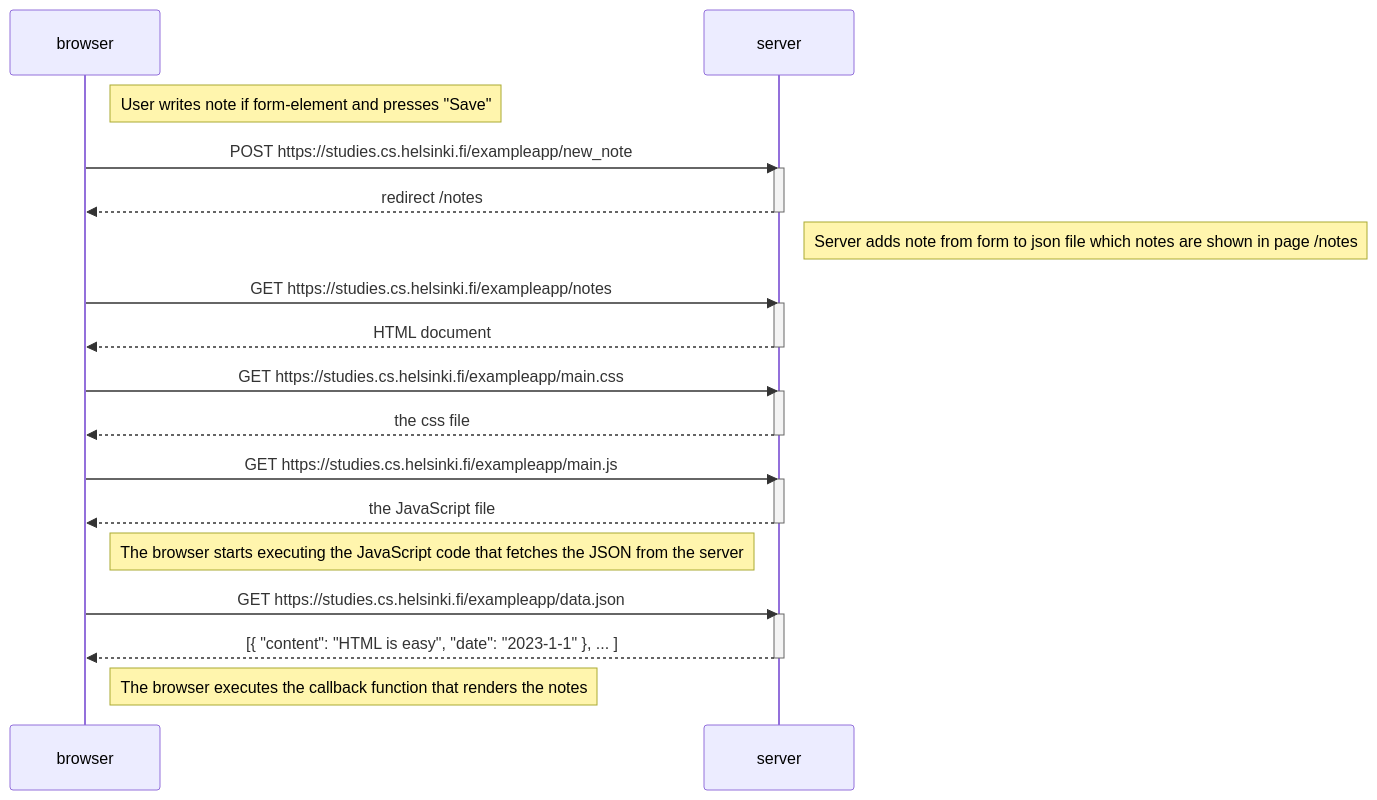
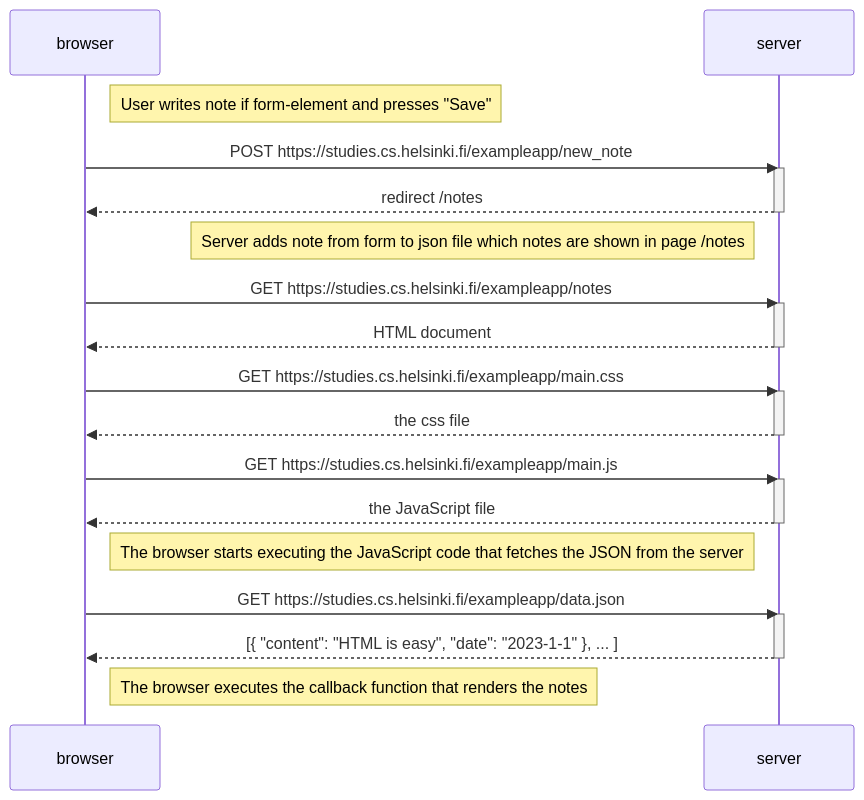
One commit to hertei/fullstackopen changed the second of 2 diagrams in osa0/README.md. Above: the diagram before and after it, drawn with Mermaid.

Commit message:
0.4 fixed server note

````diff
--- a/osa0/README.md
+++ b/osa0/README.md
@@ -35,38 +35,38 @@
 ```mermaid
 sequenceDiagram
     participant browser
     participant server
     
     Note right of browser: User writes note if form-element and presses "Save"
 
     browser->>server: POST https://studies.cs.helsinki.fi/exampleapp/new_note
     activate server
     server-->>browser: redirect /notes
     deactivate server
 
-    Note right of server: Server adds note from form to json file which notes are shown in page /notes
+    Note left of server: Server adds note from form to json file which notes are shown in page /notes
 
     browser->>server: GET https://studies.cs.helsinki.fi/exampleapp/notes
     activate server
     server-->>browser: HTML document
     deactivate server
     
     browser->>server: GET https://studies.cs.helsinki.fi/exampleapp/main.css
     activate server
     server-->>browser: the css file
     deactivate server
     
     browser->>server: GET https://studies.cs.helsinki.fi/exampleapp/main.js
     activate server
     server-->>browser: the JavaScript file
     deactivate server
     
     Note right of browser: The browser starts executing the JavaScript code that fetches the JSON from the server
     
     browser->>server: GET https://studies.cs.helsinki.fi/exampleapp/data.json
     activate server
     server-->>browser: [{ "content": "HTML is easy", "date": "2023-1-1" }, ... ]
     deactivate server    
 
     Note right of browser: The browser executes the callback function that renders the notes 
 ```
````
